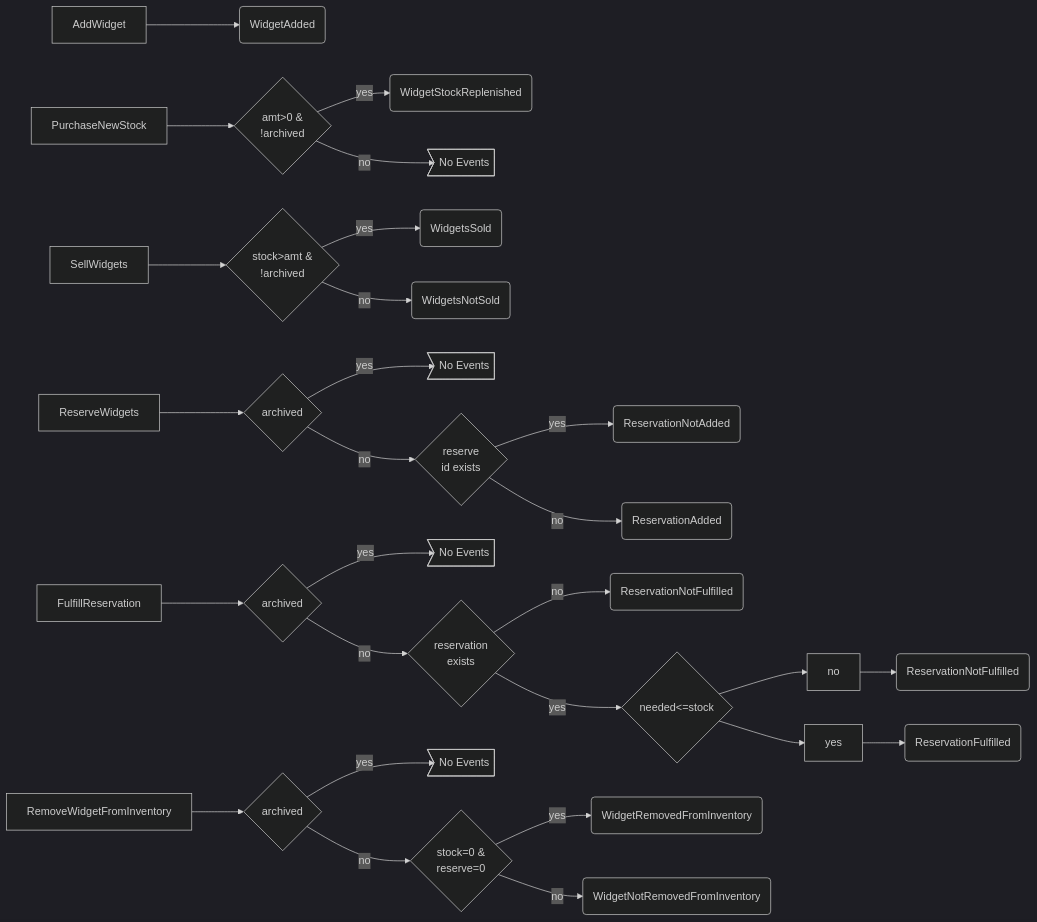
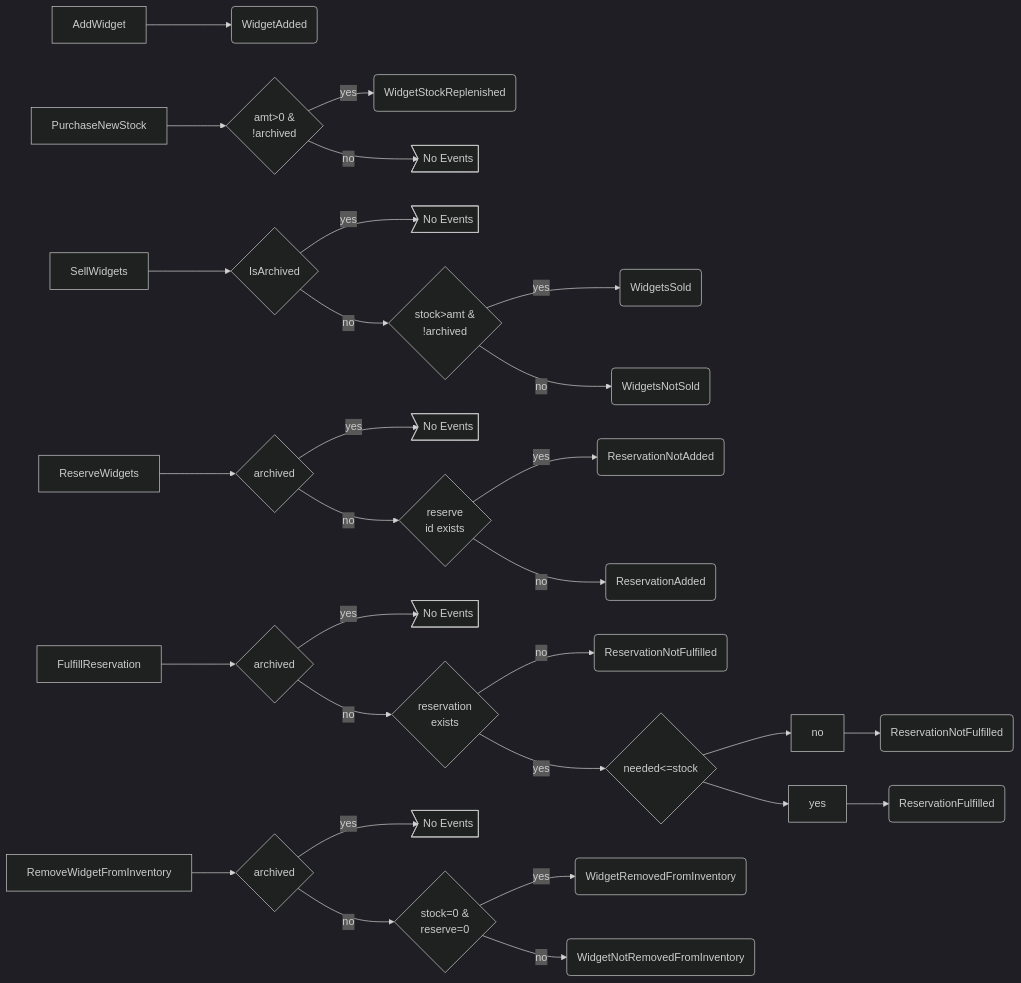
One commit to flew2bits/Shell changed the first of 2 diagrams in Shell/Widget/ReadMe.md. Above: the diagram before and after it, drawn with Mermaid (dark theme). The commit also changed 1 other file, not shown here.

Commit message:
fixed logic in Sell Widgets

````diff
--- a/Shell/Widget/ReadMe.md
+++ b/Shell/Widget/ReadMe.md
@@ -130,32 +130,34 @@
 ```mermaid
 flowchart LR
 A1[AddWidget] --> B1(WidgetAdded)
 
 A2[PurchaseNewStock] --> B2{amt>0 &\n!archived}
 B2 -- yes --> C2(WidgetStockReplenished)
 B2 -- no --> D2>No Events]
 
-A3[SellWidgets] --> B3{stock>amt &\n!archived}
+A3[SellWidgets] --> E3{IsArchived}
+E3 -- yes --> F3>No Events]
+E3 -- no --> B3{stock>amt &\n!archived}
 B3 -- yes --> C3(WidgetsSold)
 B3 -- no --> D3(WidgetsNotSold)
 
 A4[ReserveWidgets] --> B4{archived}
 B4 -- yes --> C4>No Events]
 B4 -- no --> D4{reserve\nid exists}
 D4 -- yes --> E4(ReservationNotAdded)
 D4 -- no --> F4(ReservationAdded)
 
 A5[FulfillReservation] --> B5{archived}
 B5 -- yes --> C5>No Events]
 B5 -- no --> D5{reservation\nexists}
 D5 -- no --> E5(ReservationNotFulfilled)
 D5 -- yes --> F5{needed<=stock}
 F5 --> no --> G5(ReservationNotFulfilled)
 F5 --> yes --> H5(ReservationFulfilled)
 
 A6[RemoveWidgetFromInventory] --> B6{archived}
 B6 -- yes --> C6>No Events]
 B6 -- no --> D6{stock=0 &\nreserve=0}
 D6 -- yes --> E6(WidgetRemovedFromInventory)
 D6 -- no --> F6(WidgetNotRemovedFromInventory)
 ```
````
